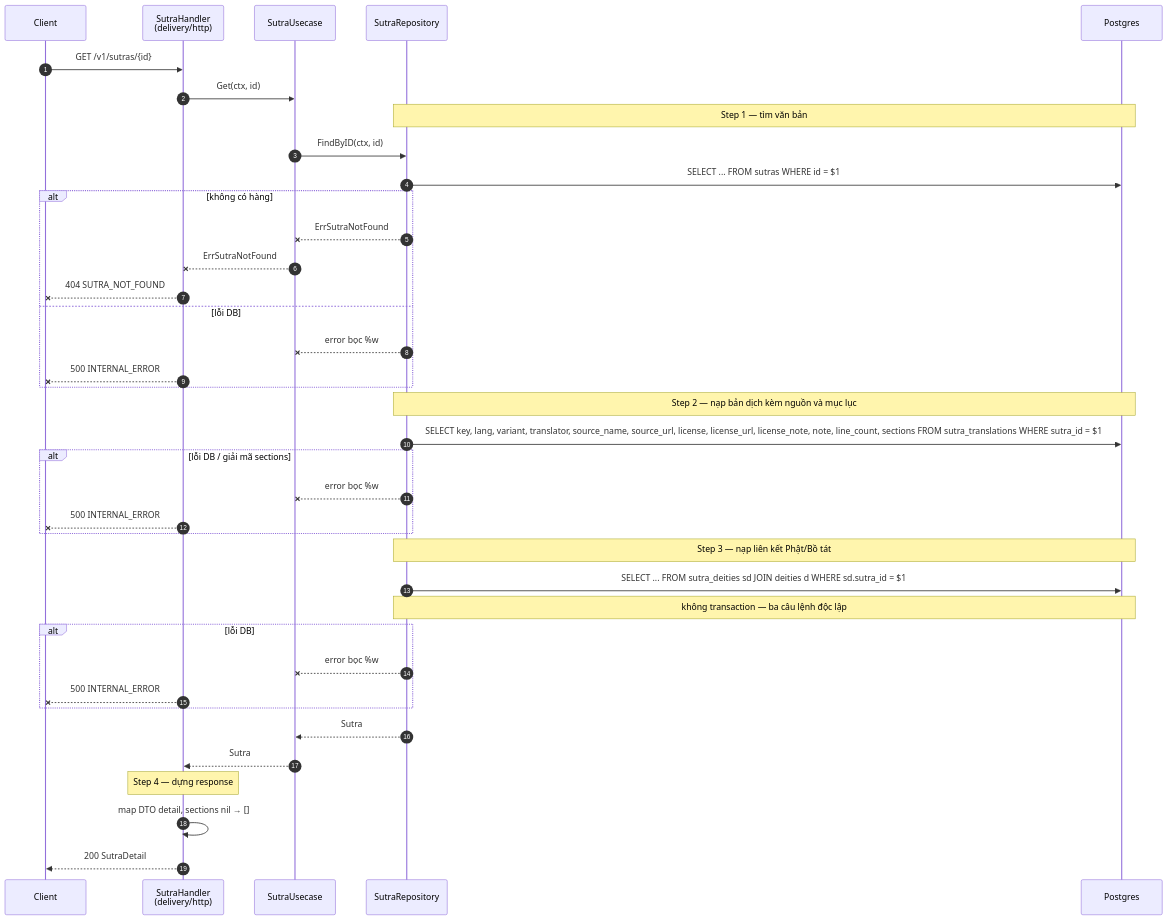
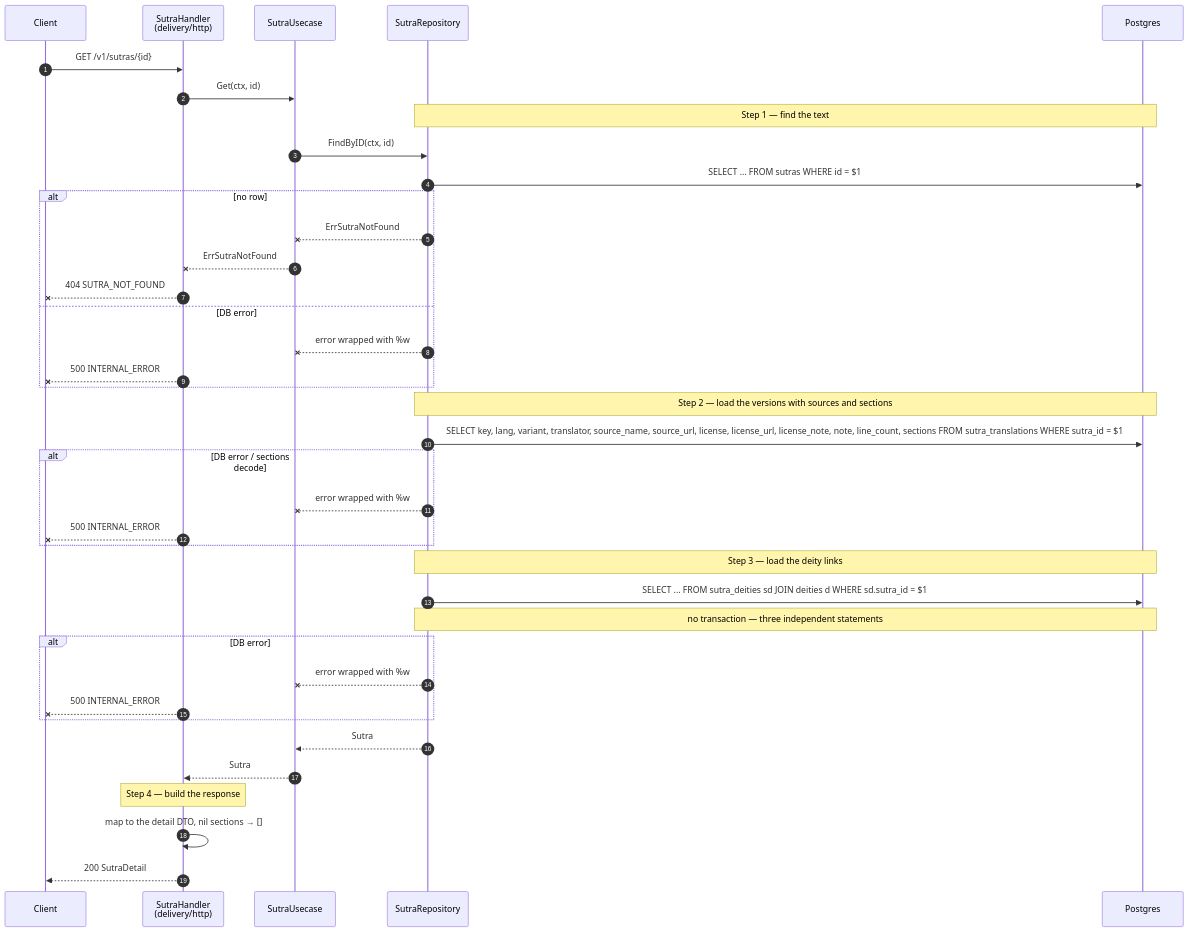
The third of 5 diagrams in docs/specs/features/sutra/flow.md (chjpcojit/innerlamp-be), drawn with Mermaid before and after one commit. The commit also changed other lines of this file and 4 other files, not shown here.

````diff
--- a/docs/specs/features/sutra/flow.md
+++ b/docs/specs/features/sutra/flow.md
@@ -143,45 +143,45 @@
 ```mermaid
 sequenceDiagram
     autonumber
     participant C as Client
     participant H as SutraHandler<br/>(delivery/http)
     participant U as SutraUsecase
     participant R as SutraRepository
     participant DB as Postgres
 
     C->>H: GET /v1/sutras/{id}
     H->>U: Get(ctx, id)
 
-    Note over R,DB: Step 1 — tìm văn bản
+    Note over R,DB: Step 1 — find the text
     U->>R: FindByID(ctx, id)
     R->>DB: SELECT ... FROM sutras WHERE id = $1
-    alt không có hàng
+    alt no row
         R--xU: ErrSutraNotFound
         U--xH: ErrSutraNotFound
         H--xC: 404 SUTRA_NOT_FOUND
-    else lỗi DB
-        R--xU: error bọc %w
+    else DB error
+        R--xU: error wrapped with %w
         H--xC: 500 INTERNAL_ERROR
     end
 
-    Note over R,DB: Step 2 — nạp bản dịch kèm nguồn và mục lục
+    Note over R,DB: Step 2 — load the versions with sources and sections
     R->>DB: SELECT key, lang, variant, translator, source_name, source_url, license, license_url, license_note, note, line_count, sections FROM sutra_translations WHERE sutra_id = $1
-    alt lỗi DB / giải mã sections
-        R--xU: error bọc %w
+    alt DB error / sections decode
+        R--xU: error wrapped with %w
         H--xC: 500 INTERNAL_ERROR
     end
 
-    Note over R,DB: Step 3 — nạp liên kết Phật/Bồ tát
+    Note over R,DB: Step 3 — load the deity links
     R->>DB: SELECT ... FROM sutra_deities sd JOIN deities d WHERE sd.sutra_id = $1
-    Note over R,DB: không transaction — ba câu lệnh độc lập
-    alt lỗi DB
-        R--xU: error bọc %w
+    Note over R,DB: no transaction — three independent statements
+    alt DB error
+        R--xU: error wrapped with %w
         H--xC: 500 INTERNAL_ERROR
     end
     R-->>U: Sutra
     U-->>H: Sutra
 
-    Note over H: Step 4 — dựng response
-    H->>H: map DTO detail, sections nil → []
+    Note over H: Step 4 — build the response
+    H->>H: map to the detail DTO, nil sections → []
     H-->>C: 200 SutraDetail
 ```
````
